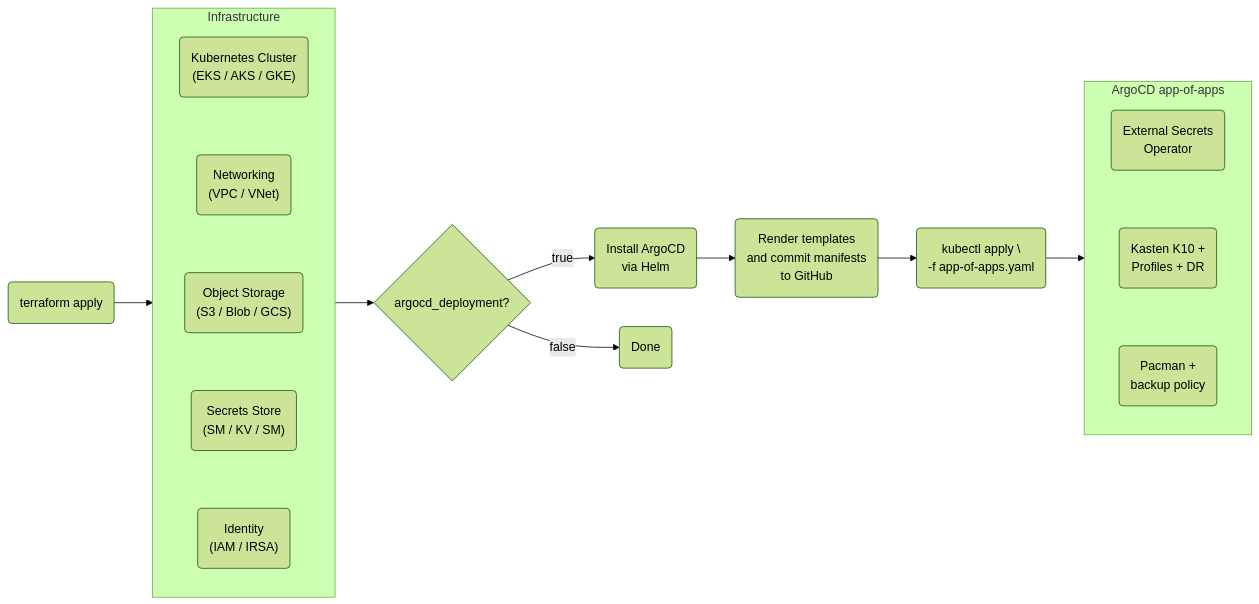
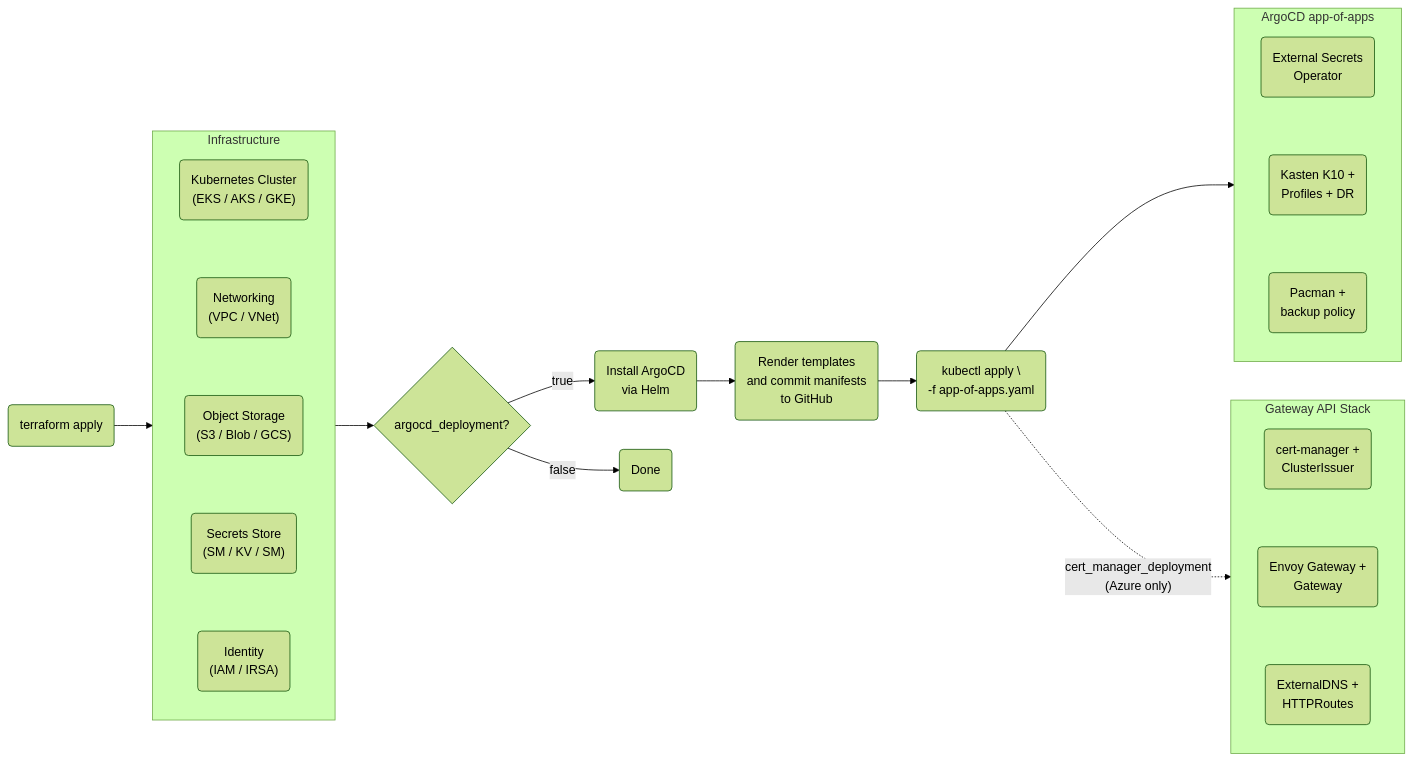
The diagram in README.md (MichaelHaigh/kasten-automation), drawn with Mermaid (forest theme) before and after one commit. The commit also changed other lines of this file and 24 other files, not shown here.

Commit message:
initial Azure cert-manager commit

````diff
--- a/README.md
+++ b/README.md
@@ -19,31 +22,41 @@
 ```mermaid
 flowchart LR
     A(terraform apply) --> B
 
     subgraph B["Infrastructure"]
         B1("Kubernetes Cluster
         (EKS / AKS / GKE)") ~~~ B2("Networking
         (VPC / VNet)") ~~~ B3("Object Storage
         (S3 / Blob / GCS)") ~~~ B4("Secrets Store
         (SM / KV / SM)") ~~~ B5("Identity
         (IAM / IRSA)")
     end
 
     B --> C{argocd_deployment?}
     C -- true --> E("Install ArgoCD
     via Helm")
     C -- false --> D(Done)
     E --> F("Render templates
     and commit manifests
     to GitHub")
     F --> G("kubectl apply \
     -f app-of-apps.yaml")
     G --> H
 
     subgraph H["ArgoCD app-of-apps"]
         H1("External Secrets
         Operator ") ~~~ H2("Kasten K10 +
         Profiles + DR") ~~~ H3("Pacman +
         backup policy")
     end
+
+    G -. "cert_manager_deployment
+    (Azure only)" .-> I
+
+    subgraph I["Gateway API Stack"]
+        I1("cert-manager +
+        ClusterIssuer") ~~~ I2("Envoy Gateway +
+        Gateway") ~~~ I3("ExternalDNS +
+        HTTPRoutes")
+    end
 ```
````
